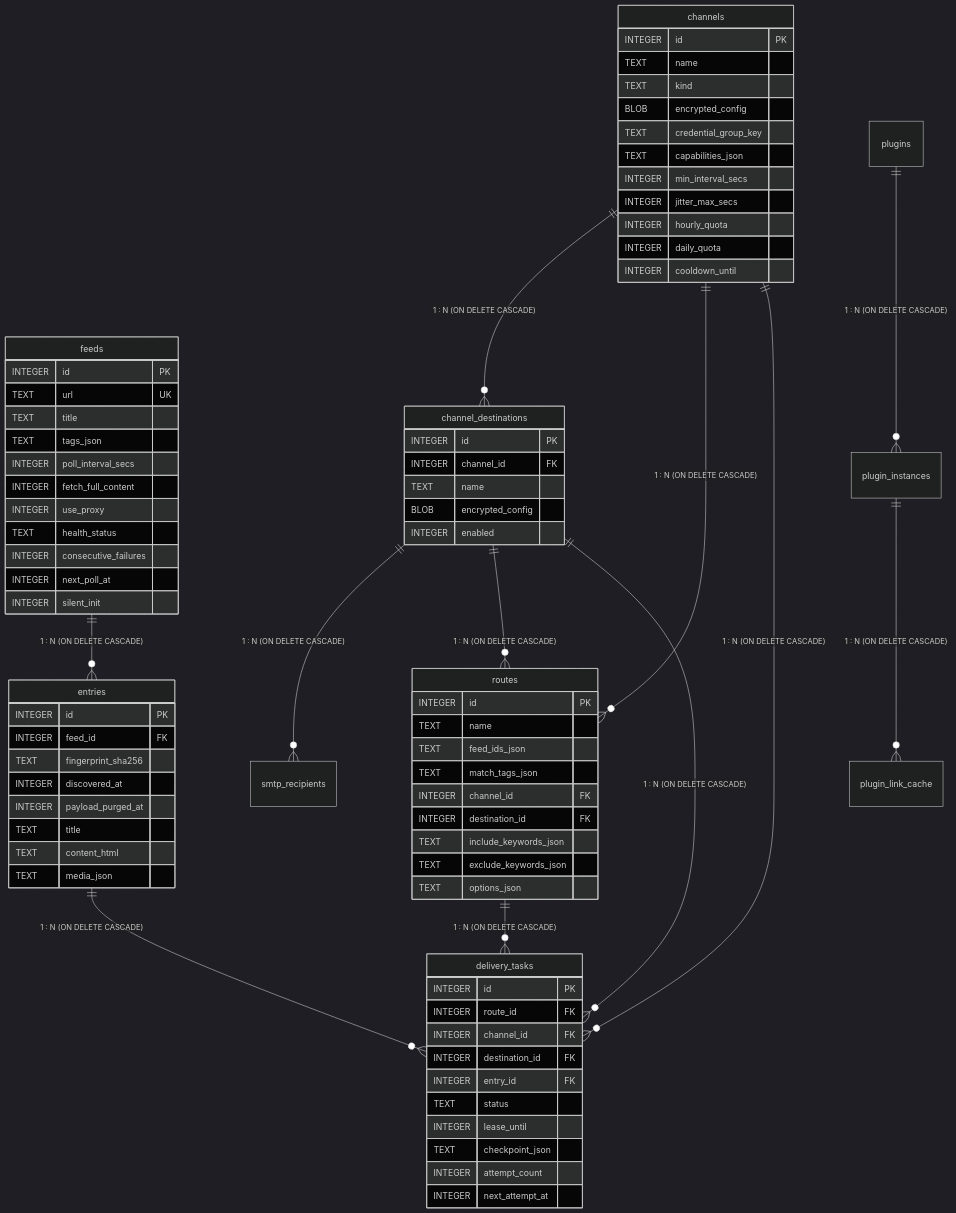
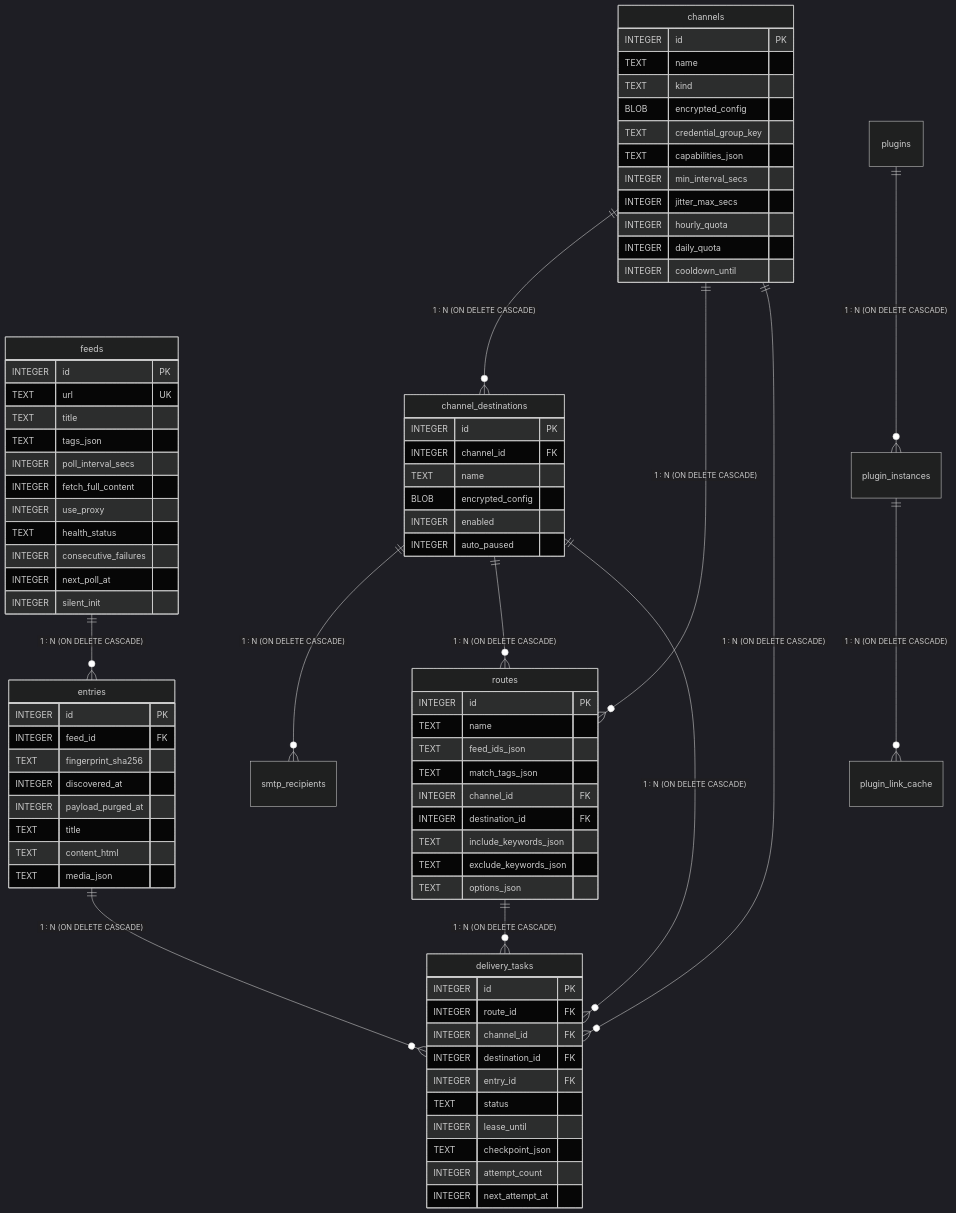
One commit to ElleryHe/FeedCourier changed the diagram in docs/zh/reference/database-schema.md. Above: the diagram before and after it, drawn with Mermaid (dark theme). The commit also changed other lines of this file and 53 other files, not shown here.

```diff
--- a/docs/zh/reference/database-schema.md
+++ b/docs/zh/reference/database-schema.md
@@ -75,6 +75,7 @@
         TEXT name
         BLOB encrypted_config
         INTEGER enabled
+        INTEGER auto_paused
     }
 
     routes {
```
